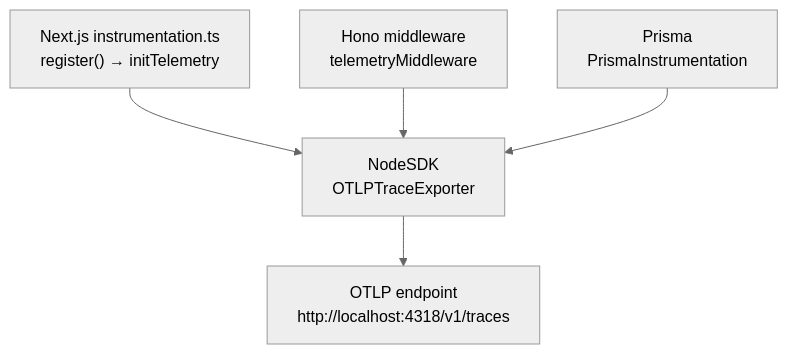
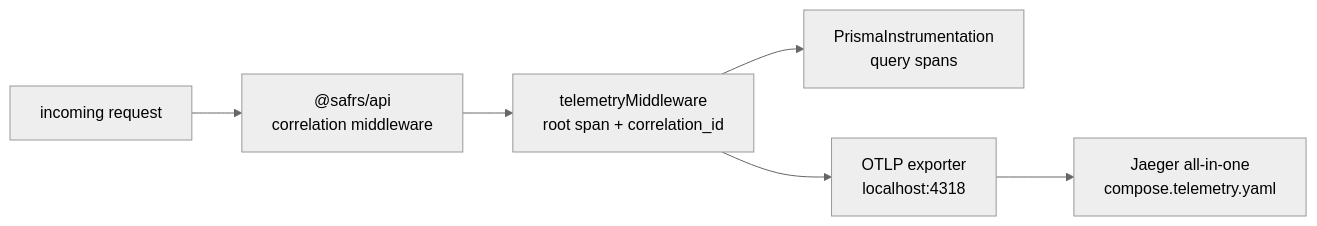
One commit to drferdii/Monorepo-safrs changed the diagram in sentrawiki/packages/telemetry.md. Above: the diagram before and after it, drawn with Mermaid (neutral theme). The commit also changed other lines of this file and 34 other files, not shown here.

````diff
--- a/sentrawiki/packages/telemetry.md
+++ b/sentrawiki/packages/telemetry.md
@@ -50,13 +37,8 @@
 ```mermaid
-graph TD
-    WEB["Next.js instrumentation.ts<br/>register() → initTelemetry"]
-    HONO["Hono middleware<br/>telemetryMiddleware"]
-    DB["Prisma<br/>PrismaInstrumentation"]
-    SDK["NodeSDK<br/>OTLPTraceExporter"]
-    COLL["OTLP endpoint<br/>http://localhost:4318/v1/traces"]
-
-    WEB --> SDK
-    HONO --> SDK
-    DB --> SDK
-    SDK --> COLL
+flowchart LR
+    R["incoming request"] --> A["@safrs/api<br/>correlation middleware"]
+    A --> T["telemetryMiddleware<br/>root span + correlation_id"]
+    T --> DB["PrismaInstrumentation<br/>query spans"]
+    T --> COL["OTLP exporter<br/>localhost:4318"]
+    COL --> JAEGER["Jaeger all-in-one<br/>compose.telemetry.yaml"]
 ```
````
